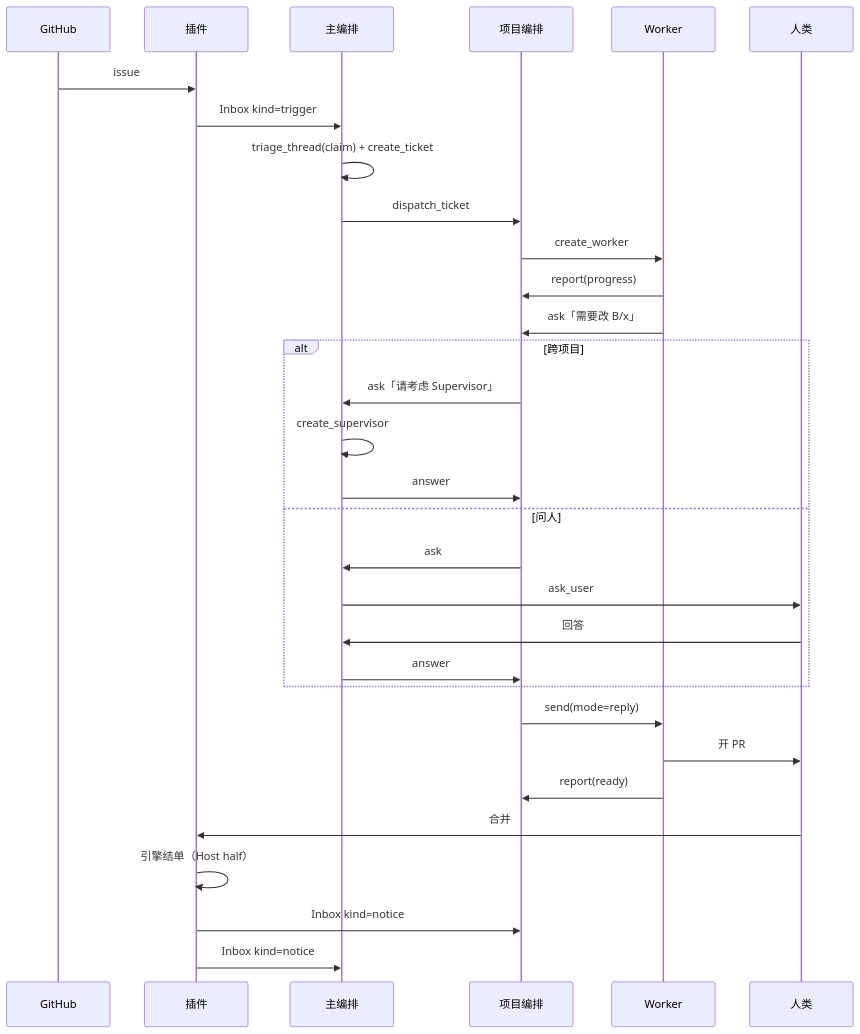
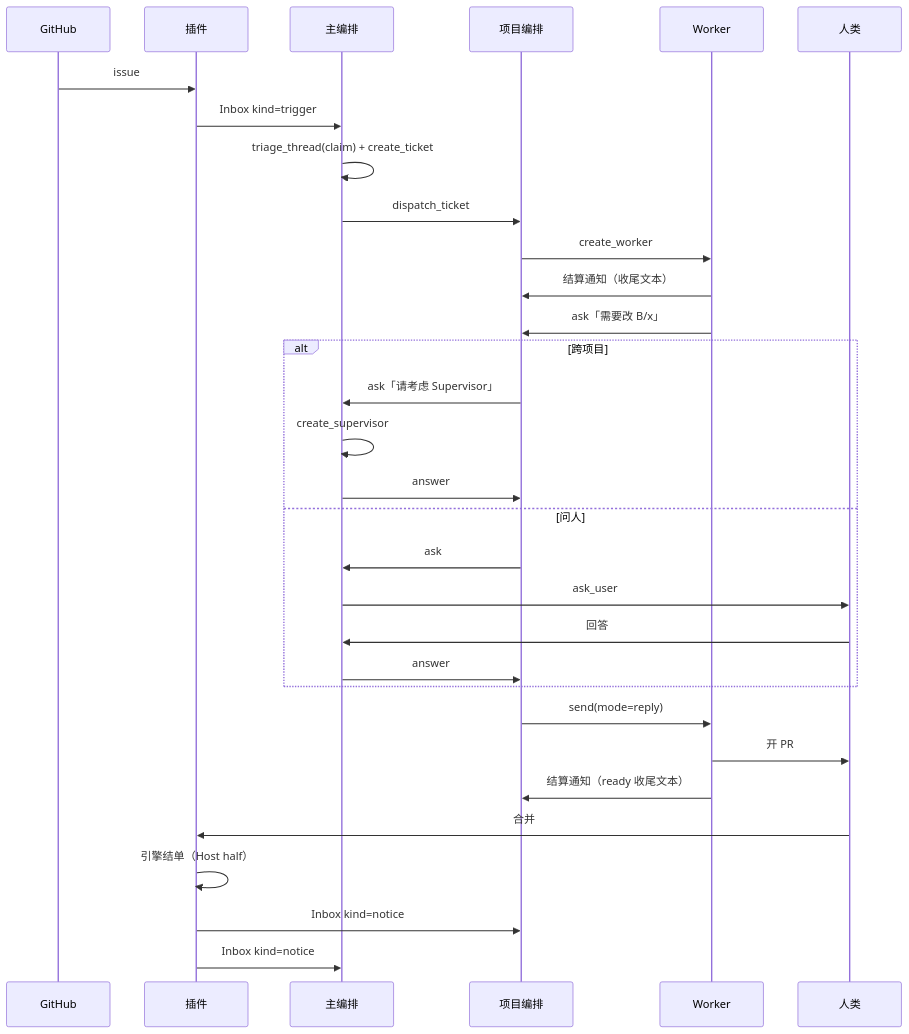
One commit to hairyfbot/dsh-supermesh changed diagram 11 of 11 in docs/flow.md. Above: the diagram before and after it, drawn with Mermaid. The commit also changed other lines of this file and 13 other files, not shown here.

````diff
--- a/docs/flow.md
+++ b/docs/flow.md
@@ -456,37 +459,37 @@
 ```mermaid
 sequenceDiagram
     participant GH as GitHub
     participant CH as 插件
     participant M as 主编排
     participant P as 项目编排
     participant W as Worker
     participant U as 人类
 
     GH->>CH: issue #42 @bot
     CH->>M: Inbox kind=trigger
     M->>M: triage_thread(claim) + create_ticket
     M->>P: dispatch_ticket
     P->>W: create_worker
 
-    W->>P: report(progress)
+    W->>P: 结算通知（收尾文本）
     W->>P: ask「需要改 B/x」
     alt 跨项目
         P->>M: ask「请考虑 Supervisor」
         M->>M: create_supervisor
         M->>P: answer
     else 问人
         P->>M: ask
         M->>U: ask_user
         U->>M: 回答
         M->>P: answer
     end
     P->>W: send(mode=reply)
 
     W->>U: 开 PR
-    W->>P: report(ready)
+    W->>P: 结算通知（ready 收尾文本）
 
     U->>CH: 合并
     CH->>CH: 引擎结单（Host half）
     CH->>P: Inbox kind=notice
     CH->>M: Inbox kind=notice
 ```
````
